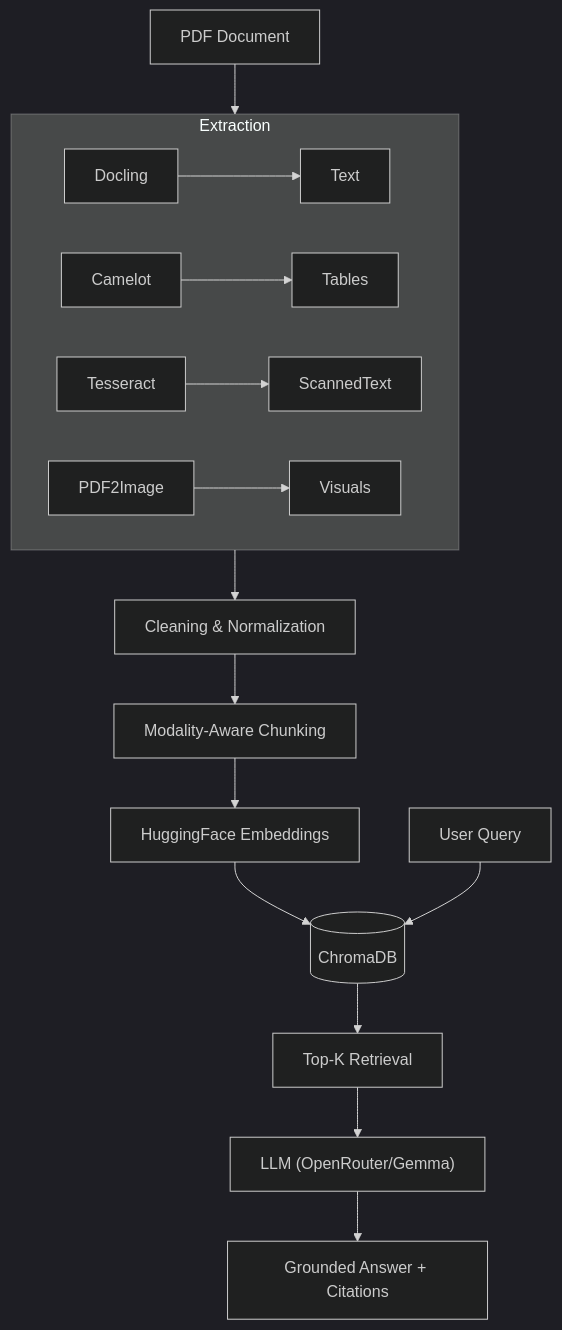
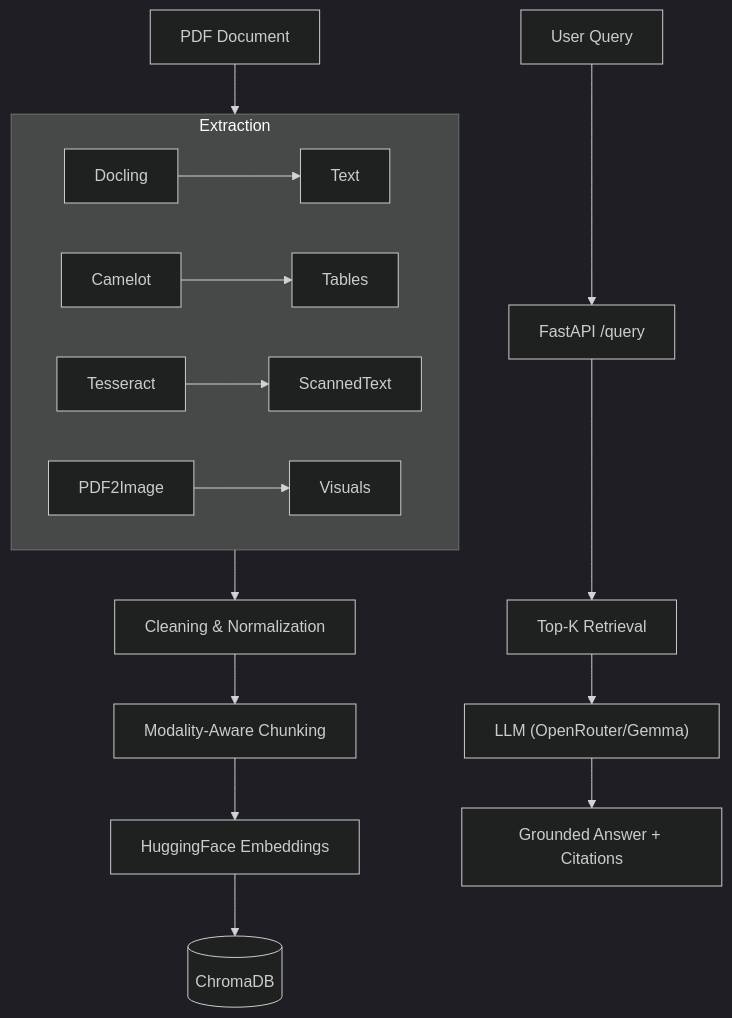
Before and after one commit to shax752003/contextIQ: the diagram in README.md, drawn with Mermaid (dark theme). The commit also changed other lines of this file, not shown here.

````diff
--- a/README.md
+++ b/README.md
@@ -51,19 +60,19 @@
 ```mermaid
 graph TD
     PDF[PDF Document] --> Extraction
     subgraph Extraction
         Docling[Docling] --> Text
         Camelot[Camelot] --> Tables
         OCR[Tesseract] --> ScannedText
         Images[PDF2Image] --> Visuals
     end
     Extraction --> Normalization[Cleaning & Normalization]
     Normalization --> Chunking[Modality-Aware Chunking]
     Chunking --> Embedding[HuggingFace Embeddings]
     Embedding --> VectorDB[(ChromaDB)]
     
-    User[User Query] --> VectorDB
-    VectorDB --> Retrieval[Top-K Retrieval]
+    User[User Query] --> API[FastAPI /query]
+    API --> Retrieval[Top-K Retrieval]
     Retrieval --> LLM["LLM (OpenRouter/Gemma)"]
     LLM --> Answer[Grounded Answer + Citations]
 ```
````
